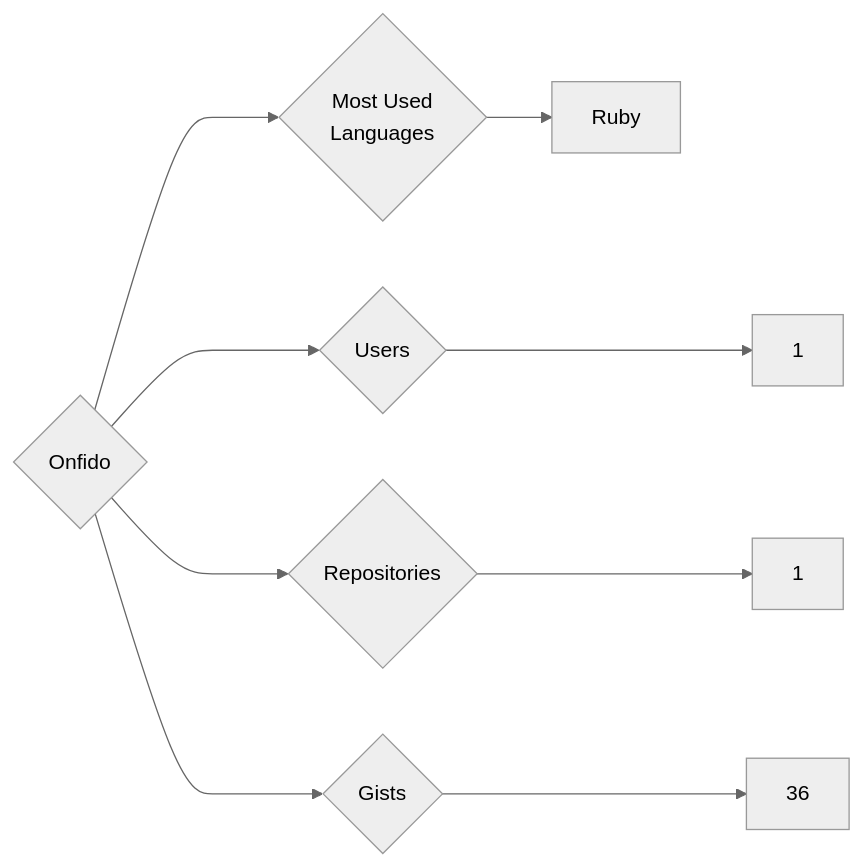
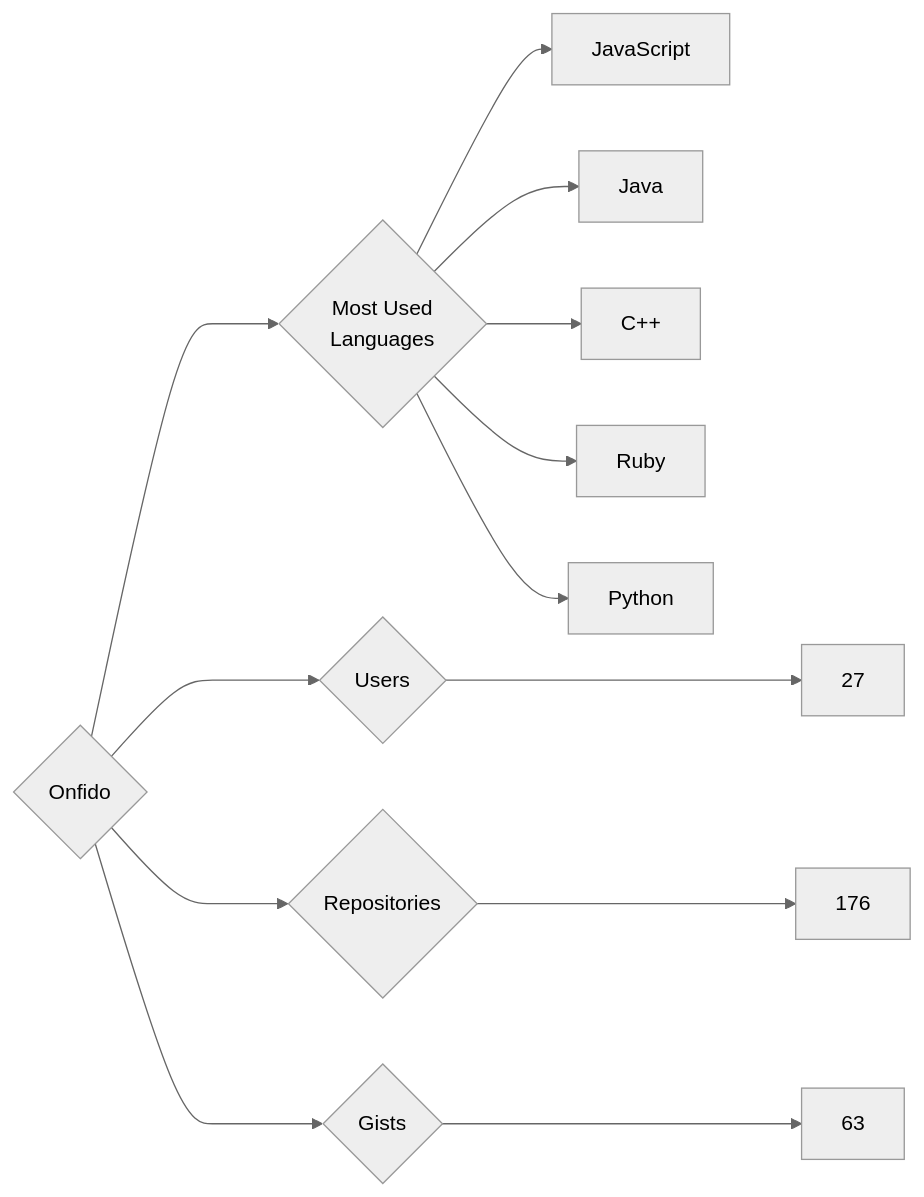
Before and after one commit to trickest/insiders: the diagram in targets/Onfido/README.md, drawn with Mermaid (neutral theme). The commit also changed 1011 other files, not shown here.

````diff
--- a/targets/Onfido/README.md
+++ b/targets/Onfido/README.md
@@ -3,9 +3,13 @@
 ```mermaid
 graph LR
 COMPANY_NAME{Onfido}
-COMPANY_NAME ---> U{Users} ---> UN[1]
-COMPANY_NAME ---> R{Repositories} ---> RN[1]
-COMPANY_NAME ---> G{Gists} ---> GN[36]
+COMPANY_NAME ---> U{Users} ---> UN[27]
+COMPANY_NAME ---> R{Repositories} ---> RN[176]
+COMPANY_NAME ---> G{Gists} ---> GN[63]
 COMPANY_NAME ---> ML{Most Used<br>Languages}
+ML --> JavaScript[JavaScript]
+ML --> Java[Java]
+ML --> C++[C++]
 ML --> Ruby[Ruby]
+ML --> Python[Python]
 ```
````
